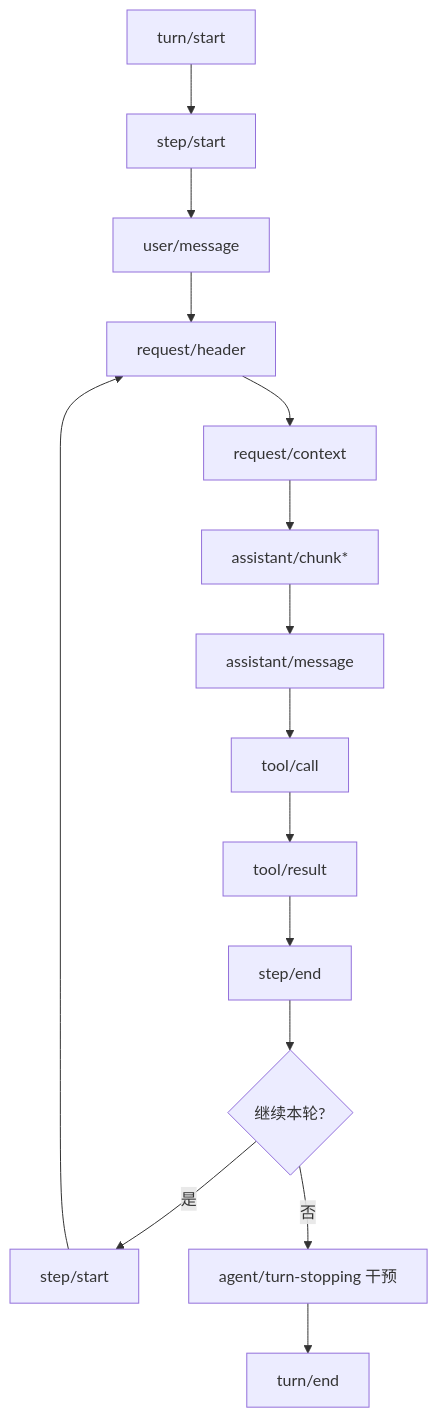
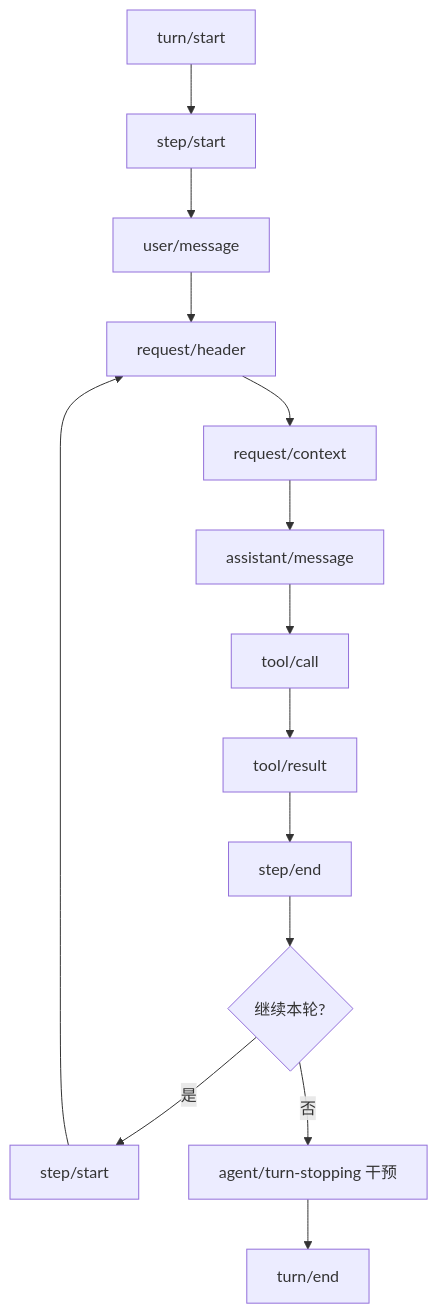
Before and after one commit to WakeUp-Jin/actspace-agent: the second of 2 diagrams in docs/design-docs/agent-plugin-runtime/agent-spec-dsh-event-model.md, drawn with Mermaid. The commit also changed other lines of this file and 210 other files, not shown here.

````diff
--- a/docs/design-docs/agent-plugin-runtime/agent-spec-dsh-event-model.md
+++ b/docs/design-docs/agent-plugin-runtime/agent-spec-dsh-event-model.md
@@ -78,17 +83,16 @@
 ```mermaid
 flowchart TD
     T0[turn/start] --> S0[step/start]
     S0 --> U[user/message]
     U --> H[request/header]
     H --> C[request/context]
-    C --> Ch[assistant/chunk*]
-    Ch --> M[assistant/message]
+    C --> M[assistant/message]
     M --> Call[tool/call]
     Call --> Result[tool/result]
     Result --> S1[step/end]
     S1 --> Next{继续本轮?}
     Next -- 是 --> S2[step/start]
     S2 --> H
     Next -- 否 --> Stop[agent/turn-stopping 干预]
     Stop --> End[turn/end]
 ```
````
